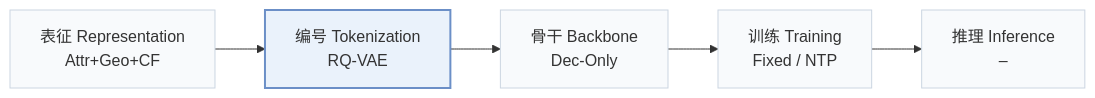
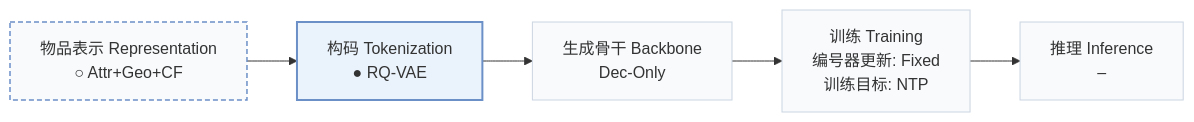
Before and after one commit to Galaxy-ghost/Awesome-SID-Generative-Rec: the first of 3 diagrams in pages/zh/papers/gnpr-sid.md, drawn with Mermaid. The commit also changed other lines of this file and 558 other files, not shown here.

````diff
--- a/pages/zh/papers/gnpr-sid.md
+++ b/pages/zh/papers/gnpr-sid.md
@@ -15,8 +19,10 @@
 ```mermaid
 flowchart LR
-    R["表征 Representation<br/>Attr+Geo+CF"] --> T["编号 Tokenization<br/>RQ-VAE"] --> B["骨干 Backbone<br/>Dec-Only"] --> TR["训练 Training<br/>Fixed / NTP"] --> I["推理 Inference<br/>–"]
+    R["物品表示 Representation<br/>○ Attr+Geo+CF"] --> T["构码 Tokenization<br/>● RQ-VAE"] --> B["生成骨干 Backbone<br/>Dec-Only"] --> TR["训练 Training<br/>编号器更新: Fixed<br/>训练目标: NTP"] --> I["推理 Inference<br/>–"]
     classDef base fill:#f8fafc,stroke:#cbd5e1
     class R,T,B,TR,I base
+    classDef other fill:#f8fafc,stroke:#6b8fc7,stroke-width:1.5px,stroke-dasharray:5 3
+    class R other
     classDef main fill:#eaf2fb,stroke:#6b8fc7,stroke-width:2px
     class T main
 ```
````
